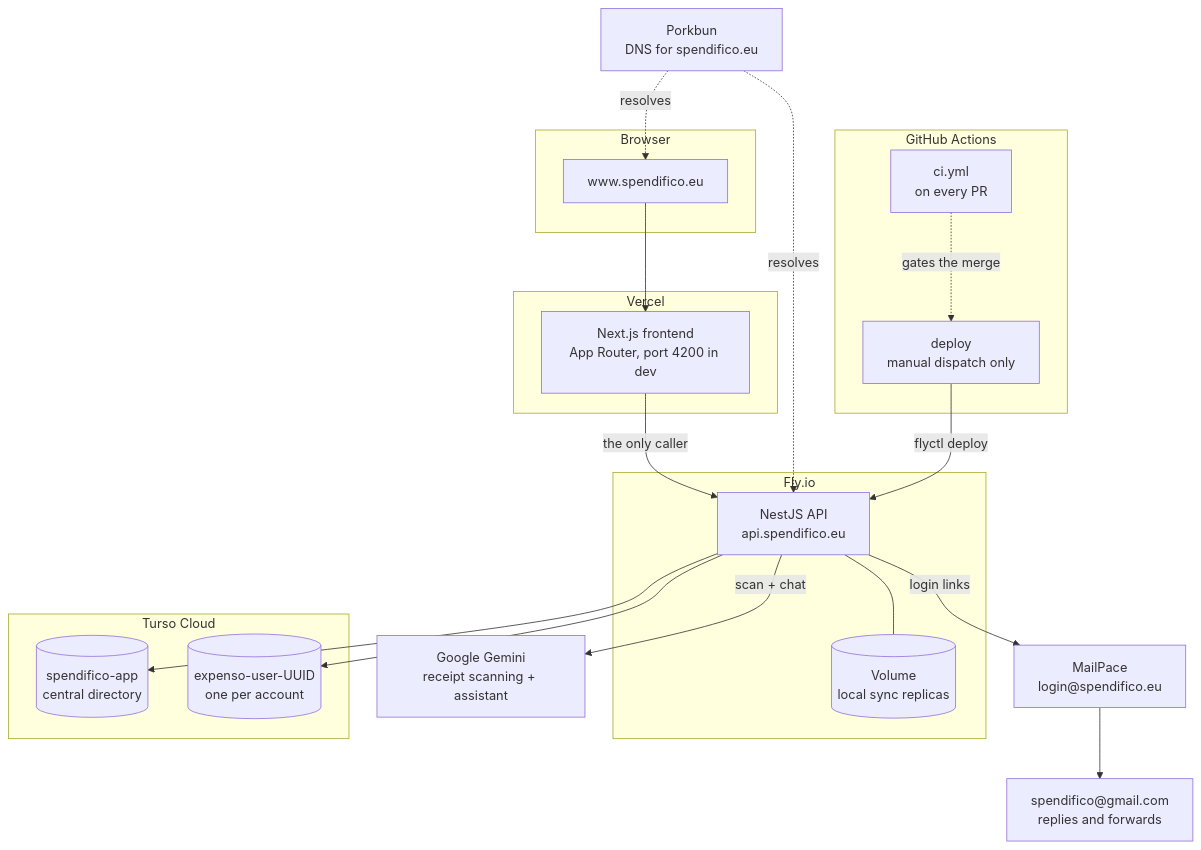
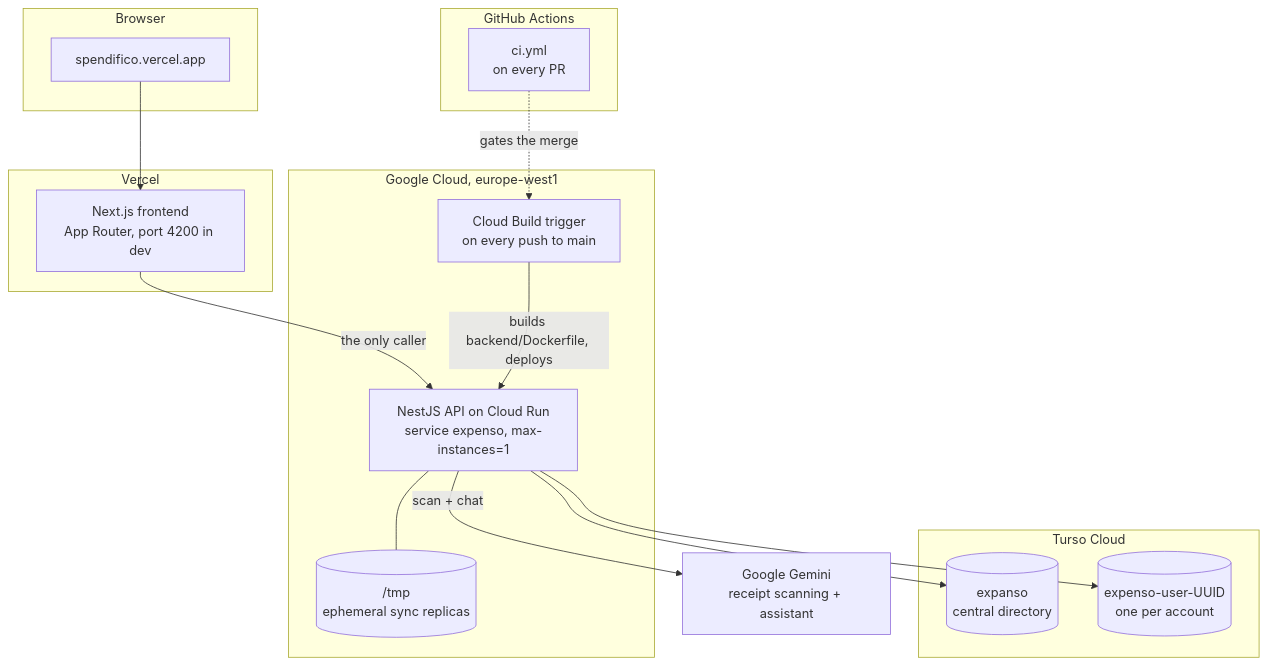
The diagram in docs/showcase/diagrams/deployment.mmd (AntePrkacin/personal-expense-tracker), drawn with Mermaid before and after one commit. The commit also changed 20 other files, not shown here.

Commit message:
docs: sweep stale Fly, domain and mail references

```diff
--- a/docs/showcase/diagrams/deployment.mmd
+++ b/docs/showcase/diagrams/deployment.mmd
@@ -1,48 +1,42 @@
 %% Deployment and infrastructure: five hosted services and one API key.
 %% Three things on it are decisions rather than topology:
 %%   - the frontend is the only caller of the API, which is what lets the HTTP
 %%     contract be generated from the backend and committed
-%%   - main does NOT auto-deploy the backend; the deploy is dispatch-only, so an
-%%     endpoint can be merged and absent from production
-%%   - the Fly volume holds sync replicas, not the source of truth
+%%   - main DOES auto-deploy the backend: a Cloud Build trigger builds and
+%%     deploys every push, so deploying is merging
+%%   - the instance's /tmp holds sync replicas, not the source of truth, and
+%%     the service is capped at one instance because of it
 flowchart TB
     subgraph client["Browser"]
-        B["www.spendifico.eu"]
+        B["spendifico.vercel.app"]
     end
 
     subgraph vercel["Vercel"]
         FE["Next.js frontend<br/>App Router, port 4200 in dev"]
     end
 
-    subgraph fly["Fly.io"]
-        API["NestJS API<br/>api.spendifico.eu"]
-        VOL[("Volume<br/>local sync replicas")]
+    subgraph gcp["Google Cloud, europe-west1"]
+        API["NestJS API on Cloud Run<br/>service expenso, max-instances=1"]
+        TMP[("/tmp<br/>ephemeral sync replicas")]
+        CB["Cloud Build trigger<br/>on every push to main"]
     end
 
     subgraph turso["Turso Cloud"]
-        CDB[("spendifico-app<br/>central directory")]
+        CDB[("expanso<br/>central directory")]
         UDB[("expenso-user-UUID<br/>one per account")]
     end
 
-    MP["MailPace<br/>login@spendifico.eu"]
-    INBOX["spendifico@gmail.com<br/>replies and forwards"]
     GEM["Google Gemini<br/>receipt scanning + assistant"]
-    PB["Porkbun<br/>DNS for spendifico.eu"]
 
     subgraph ci["GitHub Actions"]
         CI["ci.yml<br/>on every PR"]
-        DEP["deploy<br/>manual dispatch only"]
     end
 
     B --> FE
     FE -->|"the only caller"| API
     API --> CDB
     API --> UDB
-    API --- VOL
-    API -->|"login links"| MP
-    MP --> INBOX
+    API --- TMP
     API -->|"scan + chat"| GEM
-    PB -.->|"resolves"| B
-    PB -.->|"resolves"| API
-    DEP -->|"flyctl deploy"| API
-    CI -.->|"gates the merge"| DEP
+    CB -->|"builds backend/Dockerfile, deploys"| API
+    CI -.->|"gates the merge"| CB
```
